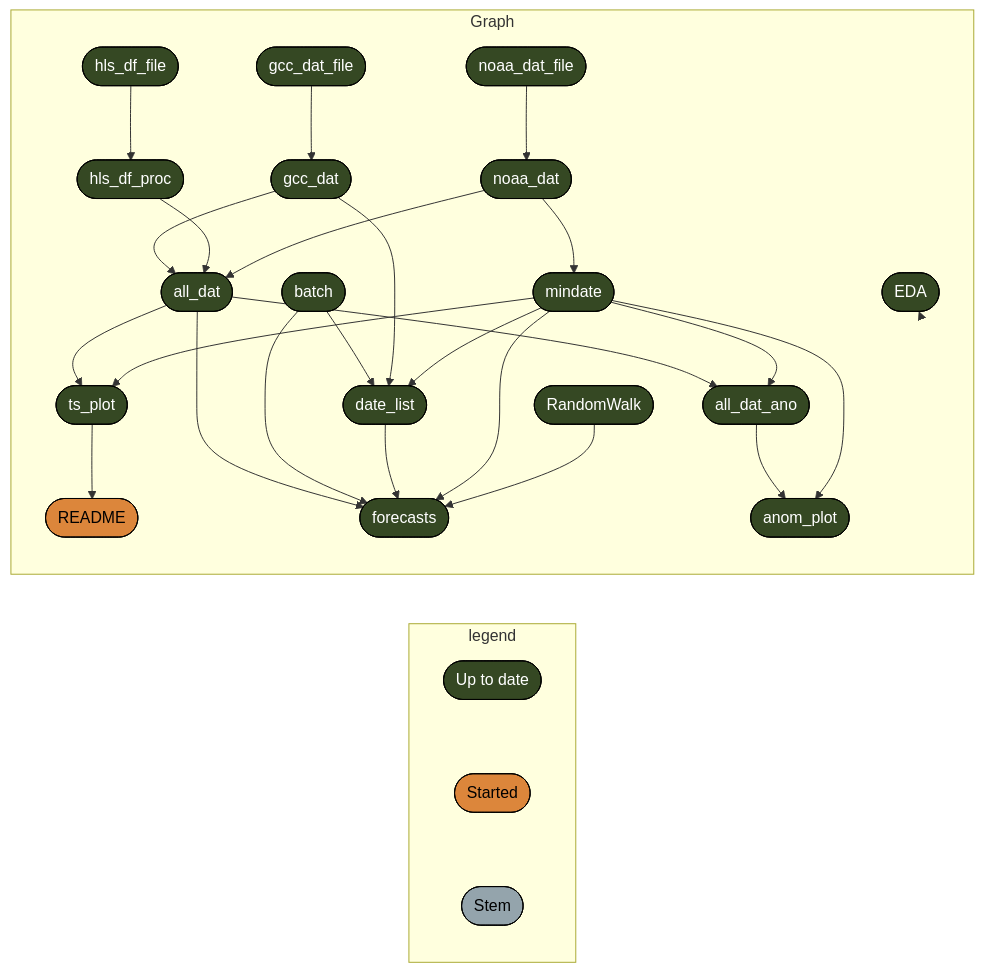
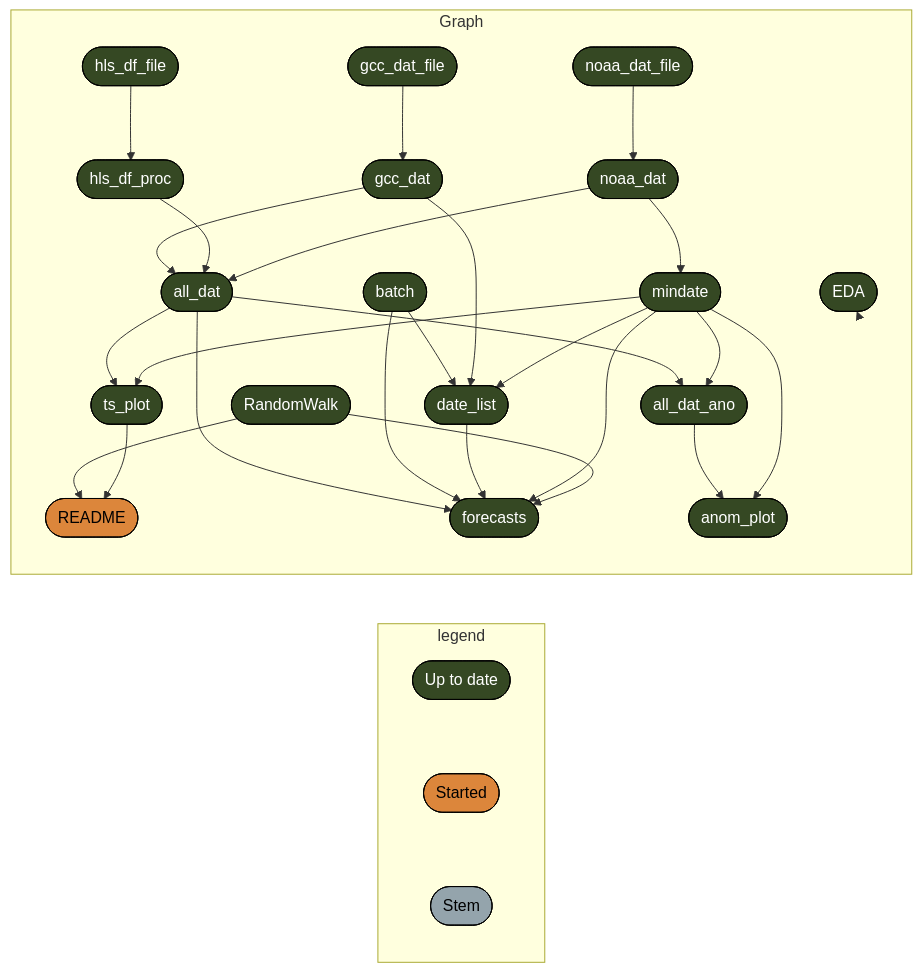
Before and after one commit to Aariq/efi-2022-phenocam: the diagram in README.md, drawn with Mermaid. The commit also changed other lines of this file and 3 other files, not shown here.

````diff
--- a/README.md
+++ b/README.md
@@ -71,38 +99,39 @@
 ``` mermaid
 graph LR
   subgraph legend
     x7420bd9270f8d27d([""Up to date""]):::uptodate --- x5b3426b4c7fa7dbc([""Started""]):::started
     x5b3426b4c7fa7dbc([""Started""]):::started --- xbf4603d6c2c2ad6b([""Stem""]):::none
   end
   subgraph Graph
     x9d9338876342a883(["all_dat"]):::uptodate --> x16fdb873ff498824(["all_dat_ano"]):::uptodate
     x68dd683e0472743b(["mindate"]):::uptodate --> x16fdb873ff498824(["all_dat_ano"]):::uptodate
     xb8d8de52ba56a7bb(["gcc_dat_file"]):::uptodate --> x250fae475e168023(["gcc_dat"]):::uptodate
     x37a4b6e78faf3120(["noaa_dat_file"]):::uptodate --> xb9d1c1bbc12ef44d(["noaa_dat"]):::uptodate
+    x8fa3f0bfe3afe1bc(["RandomWalk"]):::uptodate --> x793b57f9be3e25d5(["README"]):::started
     x32cef2290a81c584(["ts_plot"]):::uptodate --> x793b57f9be3e25d5(["README"]):::started
     x9d9338876342a883(["all_dat"]):::uptodate --> xab6329fc3aa0e7b8(["forecasts"]):::uptodate
     x74653413816894b0(["batch"]):::uptodate --> xab6329fc3aa0e7b8(["forecasts"]):::uptodate
     x8448797b328e6352(["date_list"]):::uptodate --> xab6329fc3aa0e7b8(["forecasts"]):::uptodate
     x68dd683e0472743b(["mindate"]):::uptodate --> xab6329fc3aa0e7b8(["forecasts"]):::uptodate
     x8fa3f0bfe3afe1bc(["RandomWalk"]):::uptodate --> xab6329fc3aa0e7b8(["forecasts"]):::uptodate
     x18f6cc99ecb95617(["hls_df_file"]):::uptodate --> x64431175705194ee(["hls_df_proc"]):::uptodate
     x74653413816894b0(["batch"]):::uptodate --> x8448797b328e6352(["date_list"]):::uptodate
     x250fae475e168023(["gcc_dat"]):::uptodate --> x8448797b328e6352(["date_list"]):::uptodate
     x68dd683e0472743b(["mindate"]):::uptodate --> x8448797b328e6352(["date_list"]):::uptodate
     xb9d1c1bbc12ef44d(["noaa_dat"]):::uptodate --> x68dd683e0472743b(["mindate"]):::uptodate
     x9d9338876342a883(["all_dat"]):::uptodate --> x32cef2290a81c584(["ts_plot"]):::uptodate
     x68dd683e0472743b(["mindate"]):::uptodate --> x32cef2290a81c584(["ts_plot"]):::uptodate
     x16fdb873ff498824(["all_dat_ano"]):::uptodate --> xdae95d0f164d35b8(["anom_plot"]):::uptodate
     x68dd683e0472743b(["mindate"]):::uptodate --> xdae95d0f164d35b8(["anom_plot"]):::uptodate
     x250fae475e168023(["gcc_dat"]):::uptodate --> x9d9338876342a883(["all_dat"]):::uptodate
     x64431175705194ee(["hls_df_proc"]):::uptodate --> x9d9338876342a883(["all_dat"]):::uptodate
     xb9d1c1bbc12ef44d(["noaa_dat"]):::uptodate --> x9d9338876342a883(["all_dat"]):::uptodate
     xcd447f216a0c85c5(["EDA"]):::uptodate --> xcd447f216a0c85c5(["EDA"]):::uptodate
   end
   classDef uptodate stroke:#000000,color:#ffffff,fill:#354823;
   classDef started stroke:#000000,color:#000000,fill:#DC863B;
   classDef none stroke:#000000,color:#000000,fill:#94a4ac;
   linkStyle 0 stroke-width:0px;
   linkStyle 1 stroke-width:0px;
-  linkStyle 24 stroke-width:0px;
+  linkStyle 25 stroke-width:0px;
 ```
````
